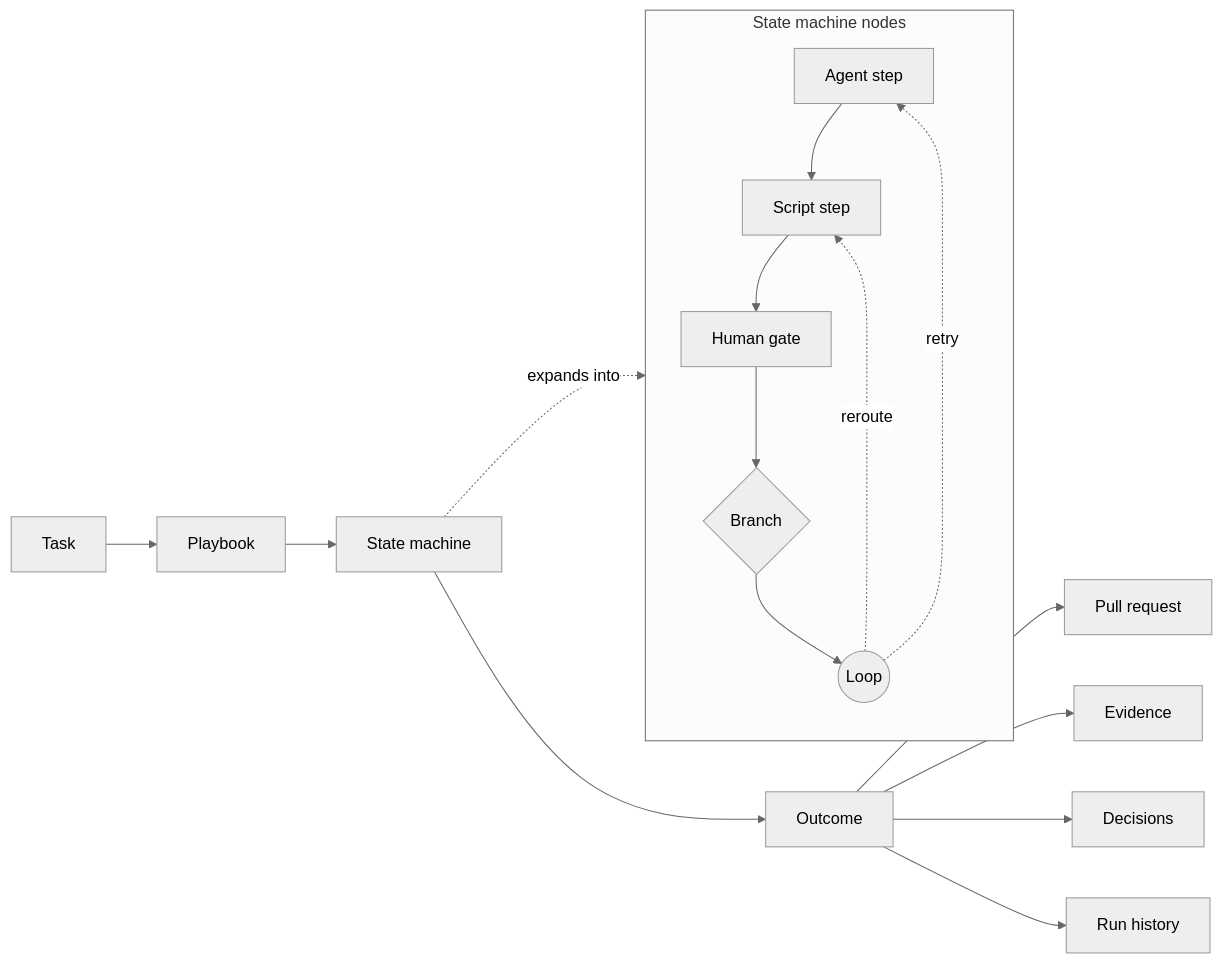
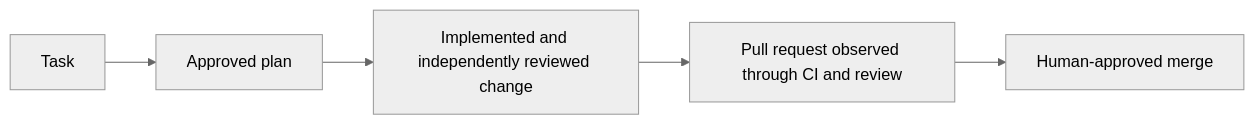
Before and after one commit to revisium/orchestrator: the diagram in README.md, drawn with Mermaid (neutral theme). The commit also changed other lines of this file and 34 other files, not shown here.

Commit message:
docs: align Revo architecture contracts (#320)

````diff
--- a/README.md
+++ b/README.md
@@ -18,22 +18,10 @@
 ```mermaid
 flowchart LR
   task[Task]
-  playbook[Playbook]
-  machine[State machine]
-  outcome[Outcome]
+  plan[Approved plan]
+  change[Implemented and independently reviewed change]
+  pr[Pull request observed through CI and review]
+  merge[Human-approved merge]
 
-  task --> playbook --> machine --> outcome
-
-  subgraph nodes[State machine nodes]
-    agent[Agent step] --> script[Script step] --> gate[Human gate] --> branch{Branch}
-    branch --> loop((Loop))
-    loop -. retry .-> agent
-    loop -. reroute .-> script
-  end
-
-  machine -. expands into .-> nodes
-  outcome --> pr[Pull request]
-  outcome --> evidence[Evidence]
-  outcome --> decisions[Decisions]
-  outcome --> history[Run history]
+  task --> plan --> change --> pr --> merge
 ```
````
